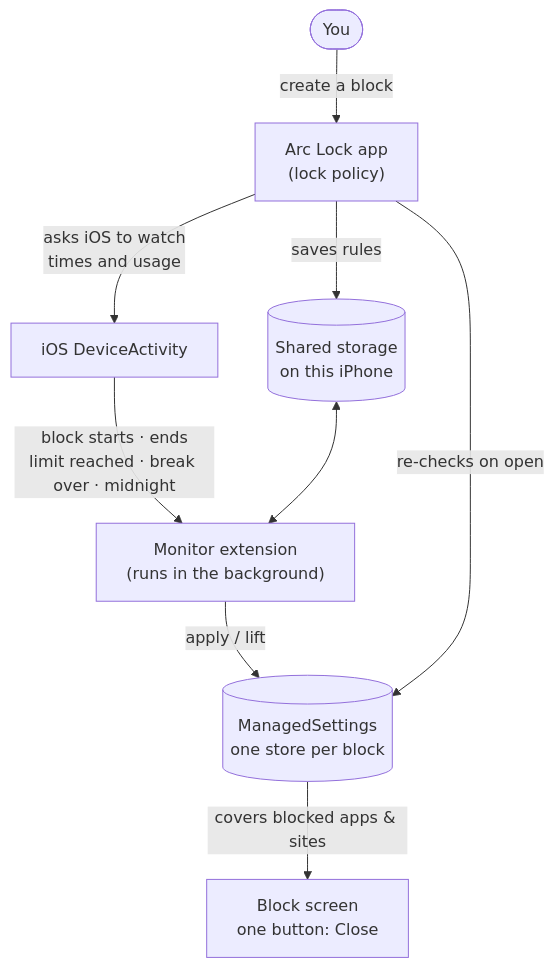
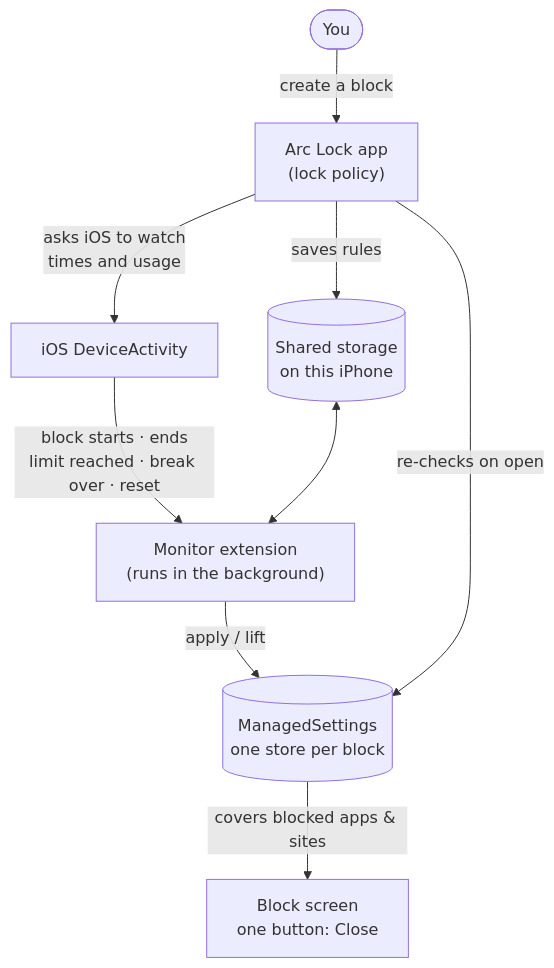
One commit to WeldingArc/arc-lock changed the diagram in README.md. Above: the diagram before and after it, drawn with Mermaid. The commit also changed other lines of this file and 17 other files, not shown here.

First line of the commit message:
1.1.0 (10): Strict lock off follows each block's own reset, not midnight

````diff
--- a/README.md
+++ b/README.md
@@ -50,11 +54,11 @@
 ```mermaid
 flowchart TD
     You(["You"]) -->|"create a block"| App["Arc Lock app<br/>(lock policy)"]
     App -->|"saves rules"| Store[("Shared storage<br/>on this iPhone")]
     App -->|"asks iOS to watch<br/>times and usage"| DA["iOS DeviceActivity"]
-    DA -->|"block starts · ends<br/>limit reached · break over · midnight"| Mon["Monitor extension<br/>(runs in the background)"]
+    DA -->|"block starts · ends<br/>limit reached · break over · reset"| Mon["Monitor extension<br/>(runs in the background)"]
     Store <--> Mon
     Mon -->|"apply / lift"| MS[("ManagedSettings<br/>one store per block")]
     App -->|"re-checks on open"| MS
     MS -->|"covers blocked apps & sites"| Shield["Block screen<br/>one button: Close"]
 ```
````
